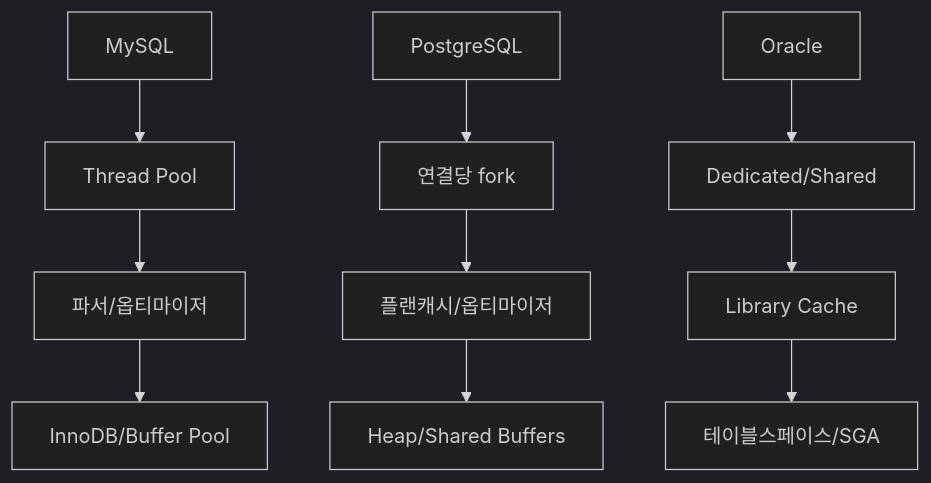
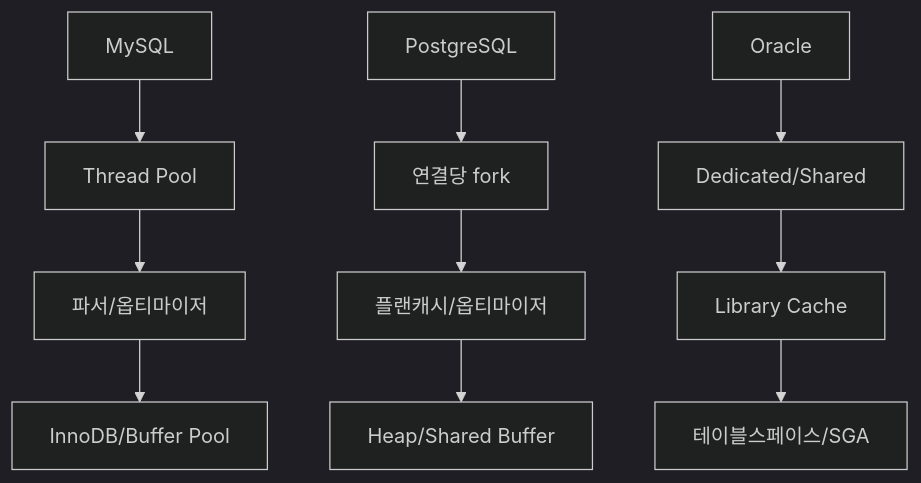
One commit to yjkim2015/yjkim2015.github.io changed the first of 15 diagrams in _posts/db/2026-05-01-db-comparison.md. Above: the diagram before and after it, drawn with Mermaid (dark theme). The commit also changed other lines of this file and 271 other files, not shown here.

First line of the commit message:
Mermaid 라벨 축소: 긴 노드 텍스트 18자 이하로 트림 + \n 제거

````diff
--- a/_posts/db/2026-05-01-db-comparison.md
+++ b/_posts/db/2026-05-01-db-comparison.md
@@ -52,6 +52,6 @@
 ```mermaid
 graph TD
     A1["MySQL"] --> B1["Thread Pool"] --> C1["파서/옵티마이저"] --> D1["InnoDB/Buffer Pool"]
-    A2["PostgreSQL"] --> B2["연결당 fork"] --> C2["플랜캐시/옵티마이저"] --> D2["Heap/Shared Buffers"]
+    A2["PostgreSQL"] --> B2["연결당 fork"] --> C2["플랜캐시/옵티마이저"] --> D2["Heap/Shared Buffer"]
     A3["Oracle"] --> B3["Dedicated/Shared"] --> C3["Library Cache"] --> D3["테이블스페이스/SGA"]
 ```
````
